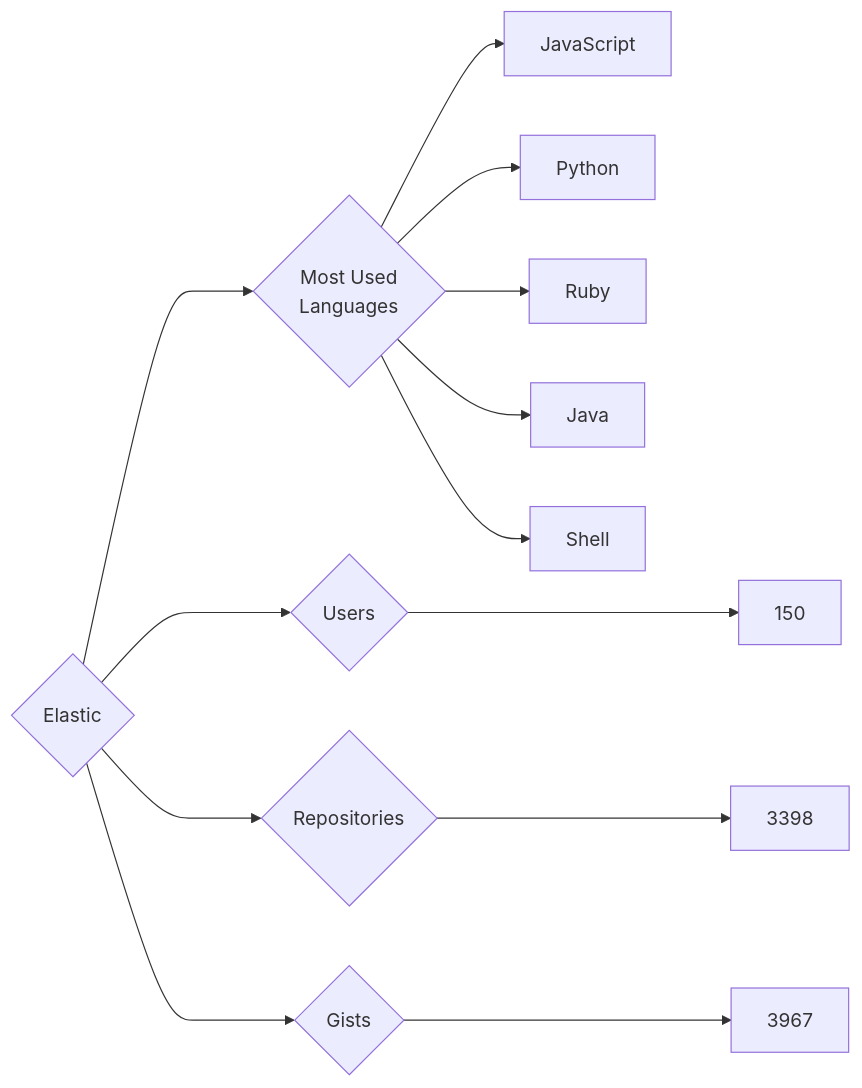
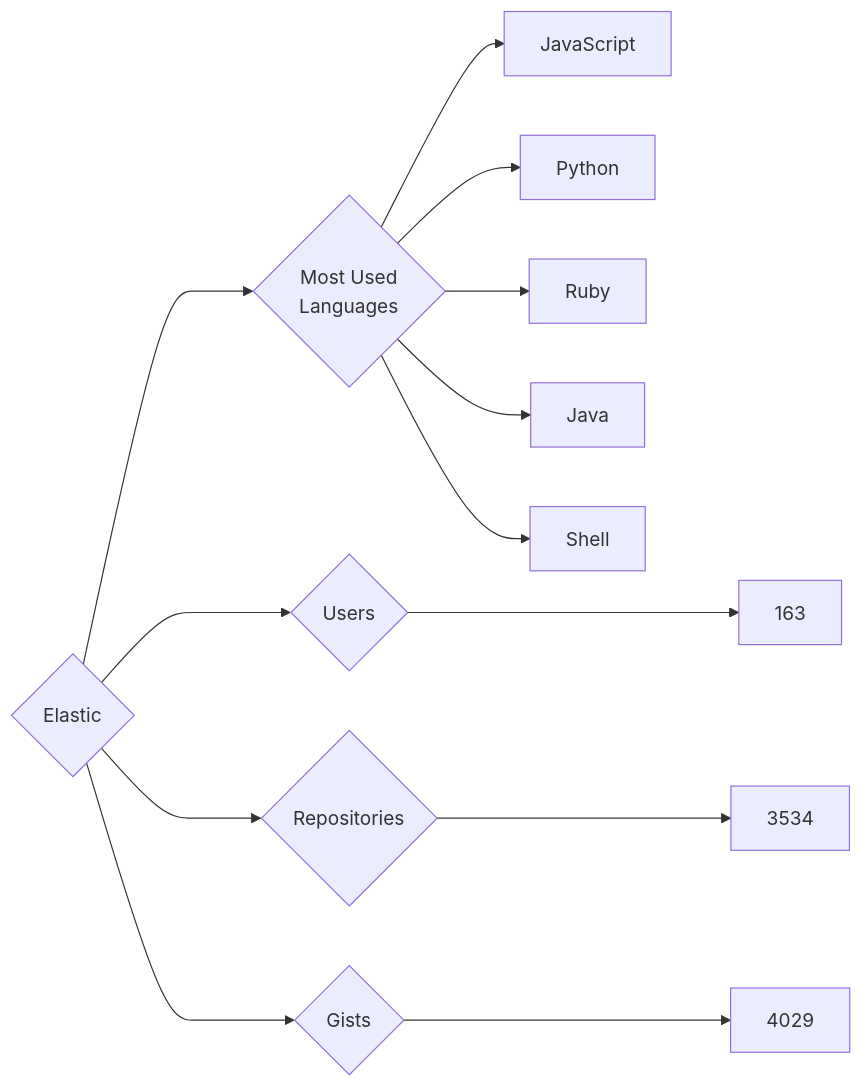
One commit to trickest/insiders changed the diagram in targets/Elastic/README.md. Above: the diagram before and after it, drawn with Mermaid. The commit also changed 699 other files, not shown here.

````diff
--- a/targets/Elastic/README.md
+++ b/targets/Elastic/README.md
@@ -3,13 +3,13 @@
 ```mermaid
 graph LR
 COMPANY_NAME{Elastic}
-COMPANY_NAME ---> U{Users} ---> UN[150]
-COMPANY_NAME ---> R{Repositories} ---> RN[3398]
-COMPANY_NAME ---> G{Gists} ---> GN[3967]
+COMPANY_NAME ---> U{Users} ---> UN[163]
+COMPANY_NAME ---> R{Repositories} ---> RN[3534]
+COMPANY_NAME ---> G{Gists} ---> GN[4029]
 COMPANY_NAME ---> ML{Most Used<br>Languages}
 ML --> JavaScript[JavaScript]
 ML --> Python[Python]
 ML --> Ruby[Ruby]
 ML --> Java[Java]
 ML --> Shell[Shell]
 ```
````
